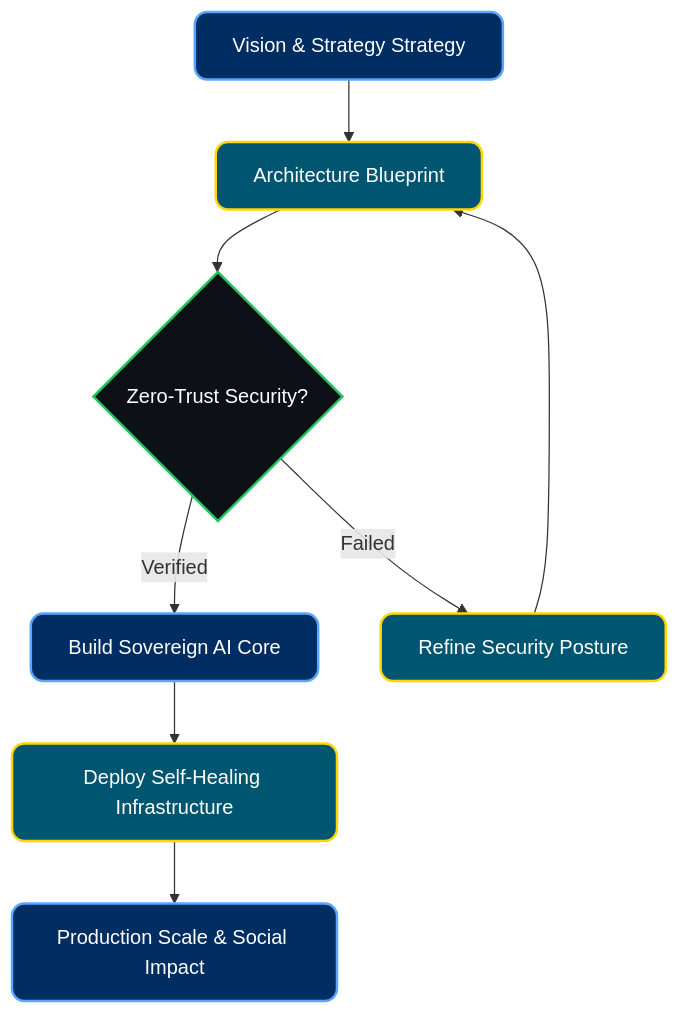
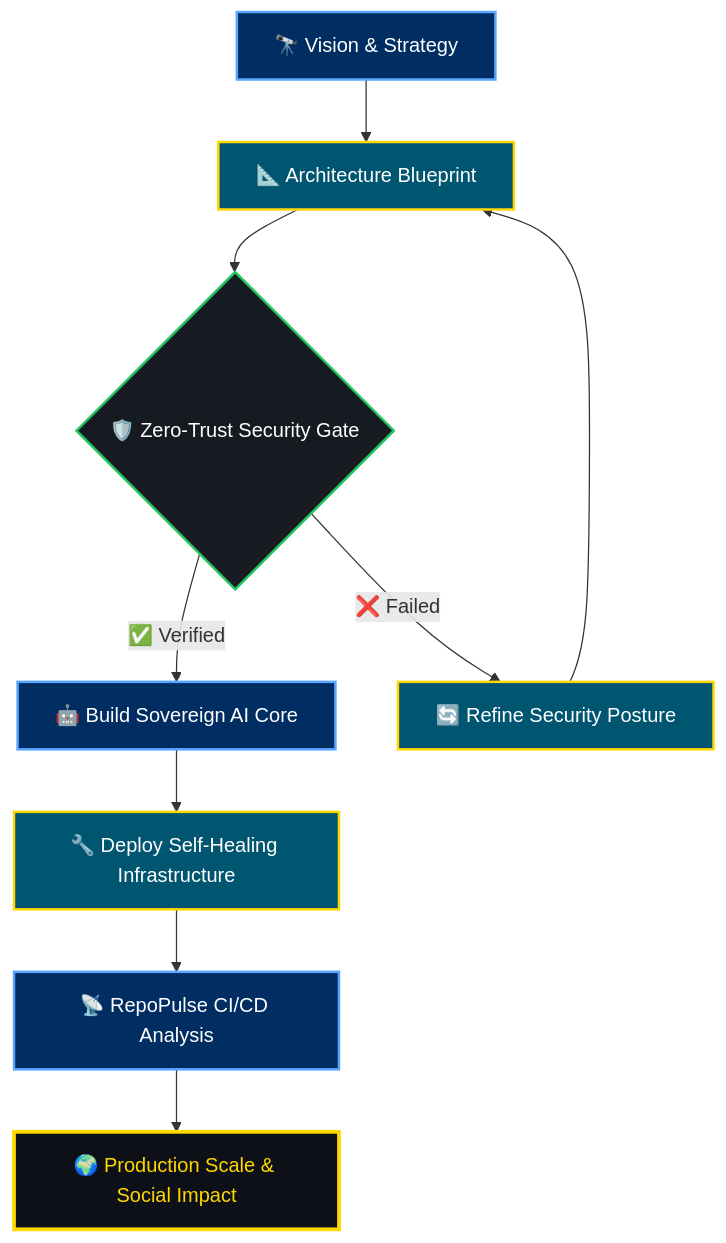
The diagram in README.md (Raphasha27/Raphasha27), drawn with Mermaid before and after one commit. The commit also changed other lines of this file and 1 other file, not shown here.

Commit message:
feat: upgrade profile README with snake animation, mermaid workflow, tech stack marquee & GitHub stats

````diff
--- a/README.md
+++ b/README.md
@@ -48,17 +49,18 @@
 ```mermaid
 graph TD
-    %% Define styles for nodes
-    classDef primary fill:#002D62,stroke:#58a6ff,stroke-width:2px,color:#ffffff,rx:10px,ry:10px;
-    classDef secondary fill:#005571,stroke:#FFD700,stroke-width:2px,color:#ffffff,rx:10px,ry:10px;
-    classDef decision fill:#0d1117,stroke:#22c55e,stroke-width:2px,color:#ffffff;
-    
-    A[Vision & Strategy Strategy]:::primary --> B[Architecture Blueprint]:::secondary
-    B --> C{Zero-Trust Security?}:::decision
-    
-    C -->|Verified| D[Build Sovereign AI Core]:::primary
-    C -->|Failed| E[Refine Security Posture]:::secondary
+    classDef primary fill:#002D62,stroke:#58a6ff,stroke-width:2px,color:#ffffff;
+    classDef secondary fill:#005571,stroke:#FFD700,stroke-width:2px,color:#ffffff;
+    classDef decision fill:#161b22,stroke:#22c55e,stroke-width:2px,color:#ffffff;
+    classDef output fill:#0d1117,stroke:#FFD700,stroke-width:3px,color:#FFD700;
+
+    A["🔭 Vision & Strategy"]:::primary --> B["📐 Architecture Blueprint"]:::secondary
+    B --> C{"🛡️ Zero-Trust Security Gate"}:::decision
+
+    C -->|"✅ Verified"| D["🤖 Build Sovereign AI Core"]:::primary
+    C -->|"❌ Failed"| E["🔄 Refine Security Posture"]:::secondary
     E --> B
-    
-    D --> F[Deploy Self-Healing Infrastructure]:::secondary
-    F --> G[Production Scale & Social Impact]:::primary
+
+    D --> F["🔧 Deploy Self-Healing Infrastructure"]:::secondary
+    F --> G["📡 RepoPulse CI/CD Analysis"]:::primary
+    G --> H["🌍 Production Scale & Social Impact"]:::output
 ```
````
